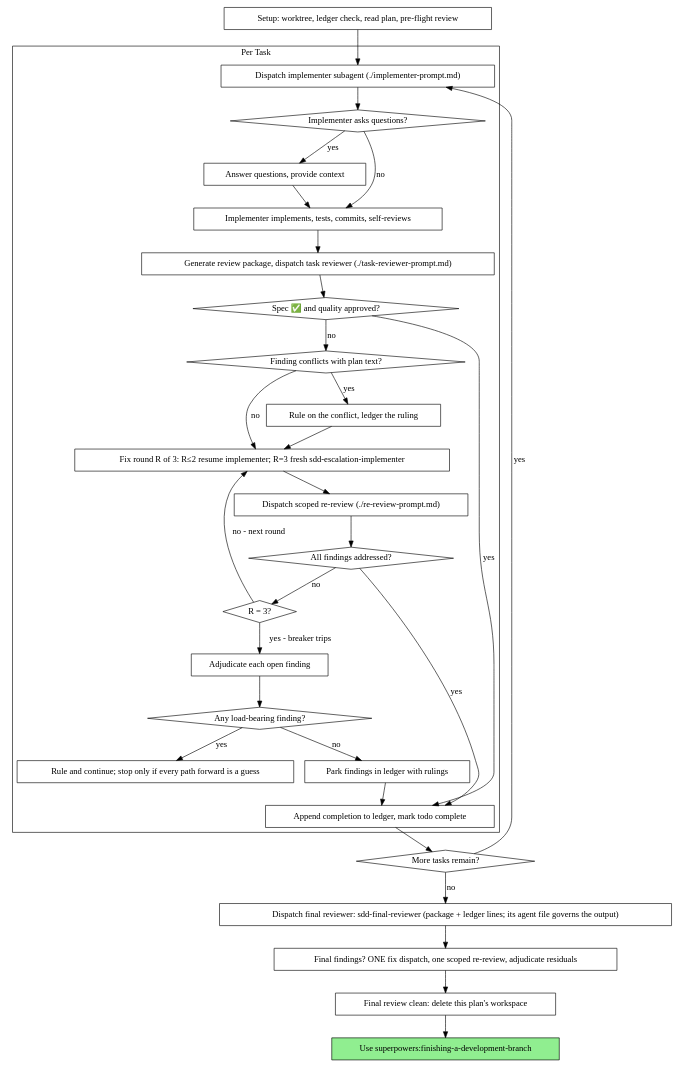
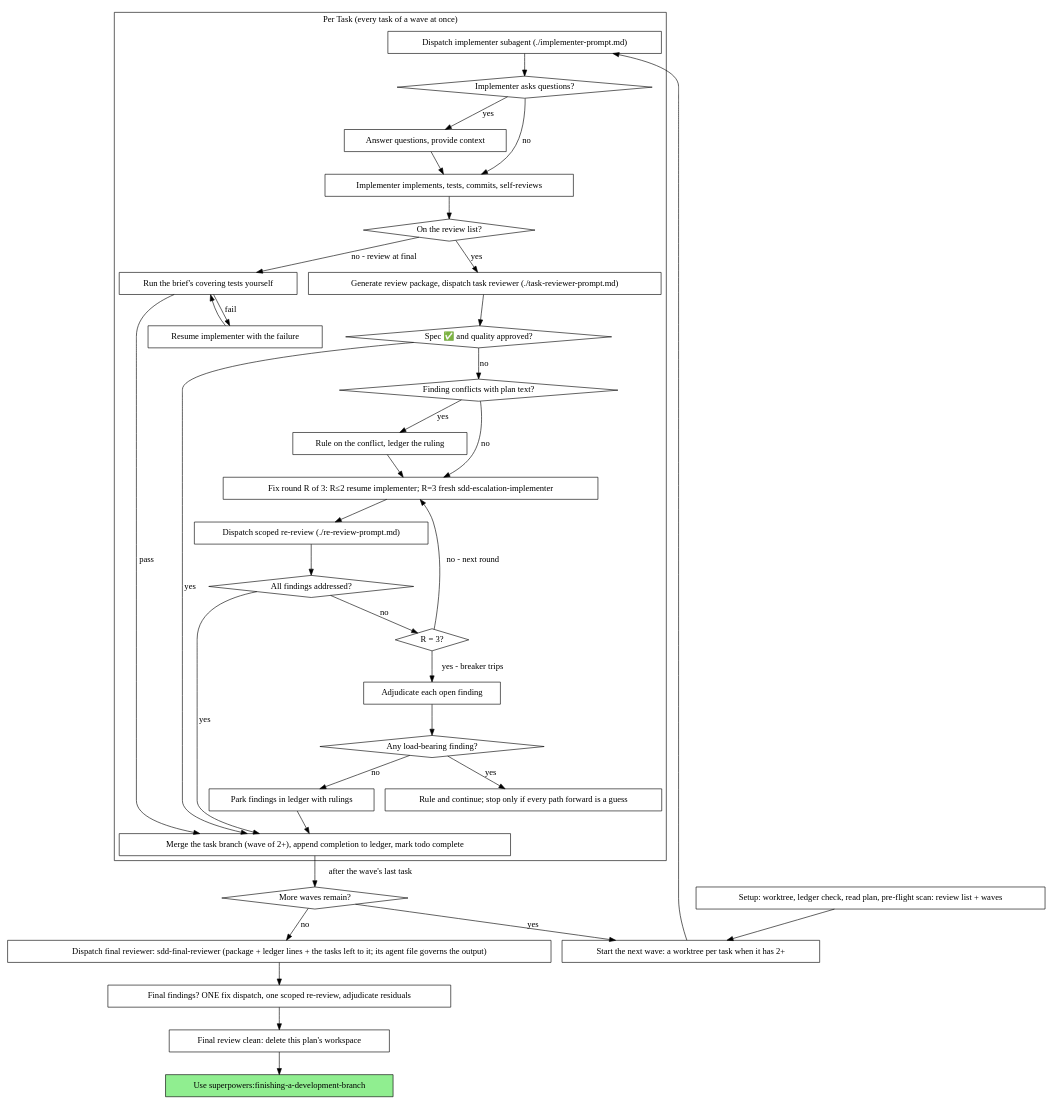
One commit to LoneExile/omp-superpowers changed the second of 2 diagrams in skills/subagent-driven-development/SKILL.md. Above: the diagram before and after it, drawn with Graphviz. The commit also changed other lines of this file and 4 other files, not shown here.

First line of the commit message:
feat(sdd): review per task only where risk earns it; run independent tasks in parallel

````diff
--- a/skills/subagent-driven-development/SKILL.md
+++ b/skills/subagent-driven-development/SKILL.md
@@ -79,62 +80,72 @@
 ```dot
 digraph process {
     rankdir=TB;
 
     subgraph cluster_per_task {
-        label="Per Task";
+        label="Per Task (every task of a wave at once)";
         "Dispatch implementer subagent (./implementer-prompt.md)" [shape=box];
         "Implementer asks questions?" [shape=diamond];
         "Answer questions, provide context" [shape=box];
         "Implementer implements, tests, commits, self-reviews" [shape=box];
+        "On the review list?" [shape=diamond];
+        "Run the brief's covering tests yourself" [shape=box];
+        "Resume implementer with the failure" [shape=box];
         "Generate review package, dispatch task reviewer (./task-reviewer-prompt.md)" [shape=box];
         "Spec ✅ and quality approved?" [shape=diamond];
         "Finding conflicts with plan text?" [shape=diamond];
         "Rule on the conflict, ledger the ruling" [shape=box];
         "Fix round R of 3: R≤2 resume implementer; R=3 fresh sdd-escalation-implementer" [shape=box];
         "Dispatch scoped re-review (./re-review-prompt.md)" [shape=box];
         "All findings addressed?" [shape=diamond];
         "R = 3?" [shape=diamond];
         "Adjudicate each open finding" [shape=box];
         "Any load-bearing finding?" [shape=diamond];
         "Rule and continue; stop only if every path forward is a guess" [shape=box];
         "Park findings in ledger with rulings" [shape=box];
-        "Append completion to ledger, mark todo complete" [shape=box];
+        "Merge the task branch (wave of 2+), append completion to ledger, mark todo complete" [shape=box];
     }
 
-    "Setup: worktree, ledger check, read plan, pre-flight review" [shape=box];
-    "More tasks remain?" [shape=diamond];
-    "Dispatch final reviewer: sdd-final-reviewer (package + ledger lines; its agent file governs the output)" [shape=box];
+    "Setup: worktree, ledger check, read plan, pre-flight scan: review list + waves" [shape=box];
+    "Start the next wave: a worktree per task when it has 2+" [shape=box];
+    "More waves remain?" [shape=diamond];
+    "Dispatch final reviewer: sdd-final-reviewer (package + ledger lines + the tasks left to it; its agent file governs the output)" [shape=box];
     "Final findings? ONE fix dispatch, one scoped re-review, adjudicate residuals" [shape=box];
     "Final review clean: delete this plan's workspace" [shape=box];
     "Use superpowers:finishing-a-development-branch" [shape=box style=filled fillcolor=lightgreen];
 
-    "Setup: worktree, ledger check, read plan, pre-flight review" -> "Dispatch implementer subagent (./implementer-prompt.md)";
+    "Setup: worktree, ledger check, read plan, pre-flight scan: review list + waves" -> "Start the next wave: a worktree per task when it has 2+";
+    "Start the next wave: a worktree per task when it has 2+" -> "Dispatch implementer subagent (./implementer-prompt.md)";
     "Dispatch implementer subagent (./implementer-prompt.md)" -> "Implementer asks questions?";
     "Implementer asks questions?" -> "Answer questions, provide context" [label="yes"];
     "Answer questions, provide context" -> "Implementer implements, tests, commits, self-reviews";
     "Implementer asks questions?" -> "Implementer implements, tests, commits, self-reviews" [label="no"];
-    "Implementer implements, tests, commits, self-reviews" -> "Generate review package, dispatch task reviewer (./task-reviewer-prompt.md)";
+    "Implementer implements, tests, commits, self-reviews" -> "On the review list?";
+    "On the review list?" -> "Run the brief's covering tests yourself" [label="no - review at final"];
+    "Run the brief's covering tests yourself" -> "Merge the task branch (wave of 2+), append completion to ledger, mark todo complete" [label="pass"];
+    "Run the brief's covering tests yourself" -> "Resume implementer with the failure" [label="fail"];
+    "Resume implementer with the failure" -> "Run the brief's covering tests yourself";
+    "On the review list?" -> "Generate review package, dispatch task reviewer (./task-reviewer-prompt.md)" [label="yes"];
     "Generate review package, dispatch task reviewer (./task-reviewer-prompt.md)" -> "Spec ✅ and quality approved?";
-    "Spec ✅ and quality approved?" -> "Append completion to ledger, mark todo complete" [label="yes"];
+    "Spec ✅ and quality approved?" -> "Merge the task branch (wave of 2+), append completion to ledger, mark todo complete" [label="yes"];
     "Spec ✅ and quality approved?" -> "Finding conflicts with plan text?" [label="no"];
     "Finding conflicts with plan text?" -> "Rule on the conflict, ledger the ruling" [label="yes"];
     "Rule on the conflict, ledger the ruling" -> "Fix round R of 3: R≤2 resume implementer; R=3 fresh sdd-escalation-implementer";
     "Finding conflicts with plan text?" -> "Fix round R of 3: R≤2 resume implementer; R=3 fresh sdd-escalation-implementer" [label="no"];
     "Fix round R of 3: R≤2 resume implementer; R=3 fresh sdd-escalation-implementer" -> "Dispatch scoped re-review (./re-review-prompt.md)";
     "Dispatch scoped re-review (./re-review-prompt.md)" -> "All findings addressed?";
-    "All findings addressed?" -> "Append completion to ledger, mark todo complete" [label="yes"];
+    "All findings addressed?" -> "Merge the task branch (wave of 2+), append completion to ledger, mark todo complete" [label="yes"];
     "All findings addressed?" -> "R = 3?" [label="no"];
     "R = 3?" -> "Fix round R of 3: R≤2 resume implementer; R=3 fresh sdd-escalation-implementer" [label="no - next round"];
     "R = 3?" -> "Adjudicate each open finding" [label="yes - breaker trips"];
     "Adjudicate each open finding" -> "Any load-bearing finding?";
     "Any load-bearing finding?" -> "Rule and continue; stop only if every path forward is a guess" [label="yes"];
     "Any load-bearing finding?" -> "Park findings in ledger with rulings" [label="no"];
-    "Park findings in ledger with rulings" -> "Append completion to ledger, mark todo complete";
-    "Append completion to ledger, mark todo complete" -> "More tasks remain?";
-    "More tasks remain?" -> "Dispatch implementer subagent (./implementer-prompt.md)" [label="yes"];
-    "More tasks remain?" -> "Dispatch final reviewer: sdd-final-reviewer (package + ledger lines; its agent file governs the output)" [label="no"];
-    "Dispatch final reviewer: sdd-final-reviewer (package + ledger lines; its agent file governs the output)" -> "Final findings? ONE fix dispatch, one scoped re-review, adjudicate residuals";
+    "Park findings in ledger with rulings" -> "Merge the task branch (wave of 2+), append completion to ledger, mark todo complete";
+    "Merge the task branch (wave of 2+), append completion to ledger, mark todo complete" -> "More waves remain?" [label="after the wave's last task"];
+    "More waves remain?" -> "Start the next wave: a worktree per task when it has 2+" [label="yes"];
+    "More waves remain?" -> "Dispatch final reviewer: sdd-final-reviewer (package + ledger lines + the tasks left to it; its agent file governs the output)" [label="no"];
+    "Dispatch final reviewer: sdd-final-reviewer (package + ledger lines + the tasks left to it; its agent file governs the output)" -> "Final findings? ONE fix dispatch, one scoped re-review, adjudicate residuals";
     "Final findings? ONE fix dispatch, one scoped re-review, adjudicate residuals" -> "Final review clean: delete this plan's workspace";
     "Final review clean: delete this plan's workspace" -> "Use superpowers:finishing-a-development-branch";
 }
 ```
````
